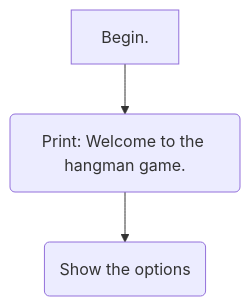
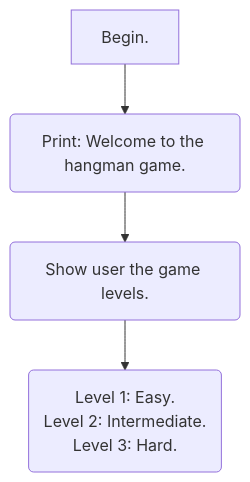
Before and after one commit to JanaRubiano/Hangman_Game: the diagram in README.md, drawn with Mermaid.

````diff
--- a/README.md
+++ b/README.md
@@ -31,6 +31,10 @@
 ```mermaid
 
 flowchart TD
-A[Begin.] -->B(Print: Welcome to the hangman game.) -->C(Show the options)
+
+    A[Begin.] -->B(Print: Welcome to the hangman game.) -->C(Show user the game levels.)
+    --> D("Level 1: Easy.
+    Level 2: Intermediate.
+    Level 3: Hard.")
 
 ```
````
